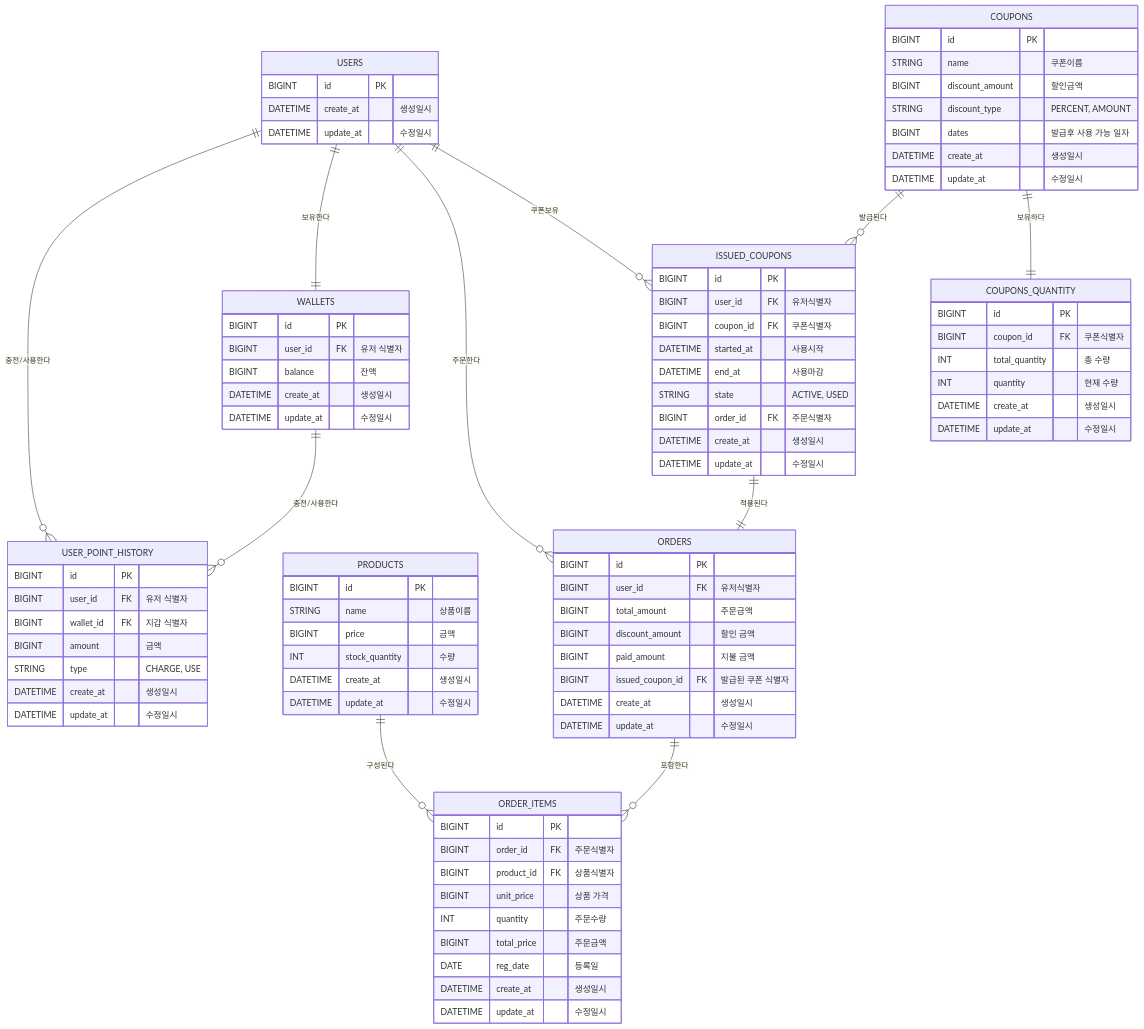
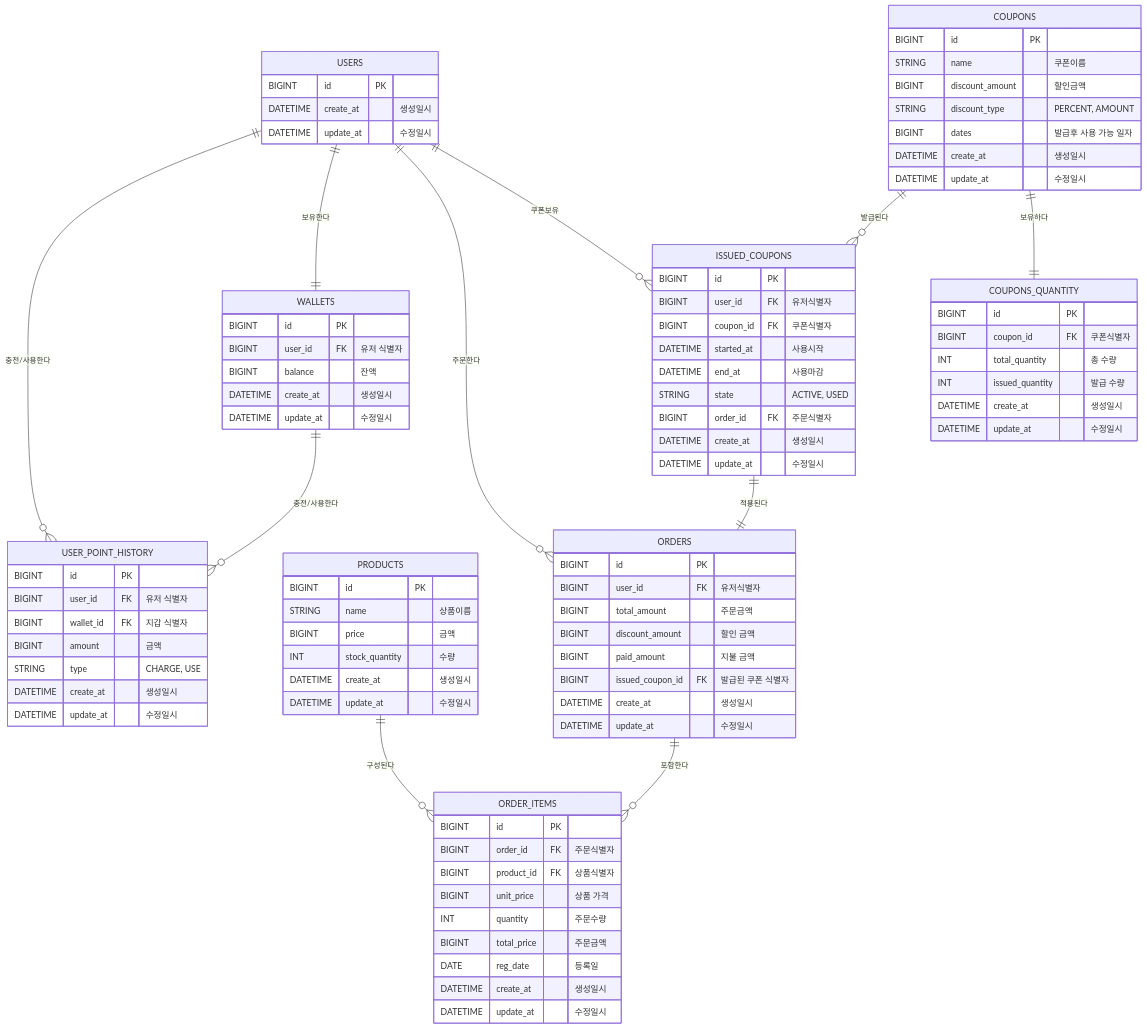
One commit to HyunJng/e-commerce changed the diagram in docs/erd-diagram.md. Above: the diagram before and after it, drawn with Mermaid. The commit also changed 27 other files, not shown here.

```diff
--- a/docs/erd-diagram.md
+++ b/docs/erd-diagram.md
@@ -69,7 +69,7 @@
         BIGINT id PK
         BIGINT coupon_id FK "쿠폰식별자"
         INT total_quantity "총 수량"
-        INT quantity "현재 수량"
+        INT issued_quantity "발급 수량"
         DATETIME create_at "생성일시"
         DATETIME update_at "수정일시"    }
 
```
